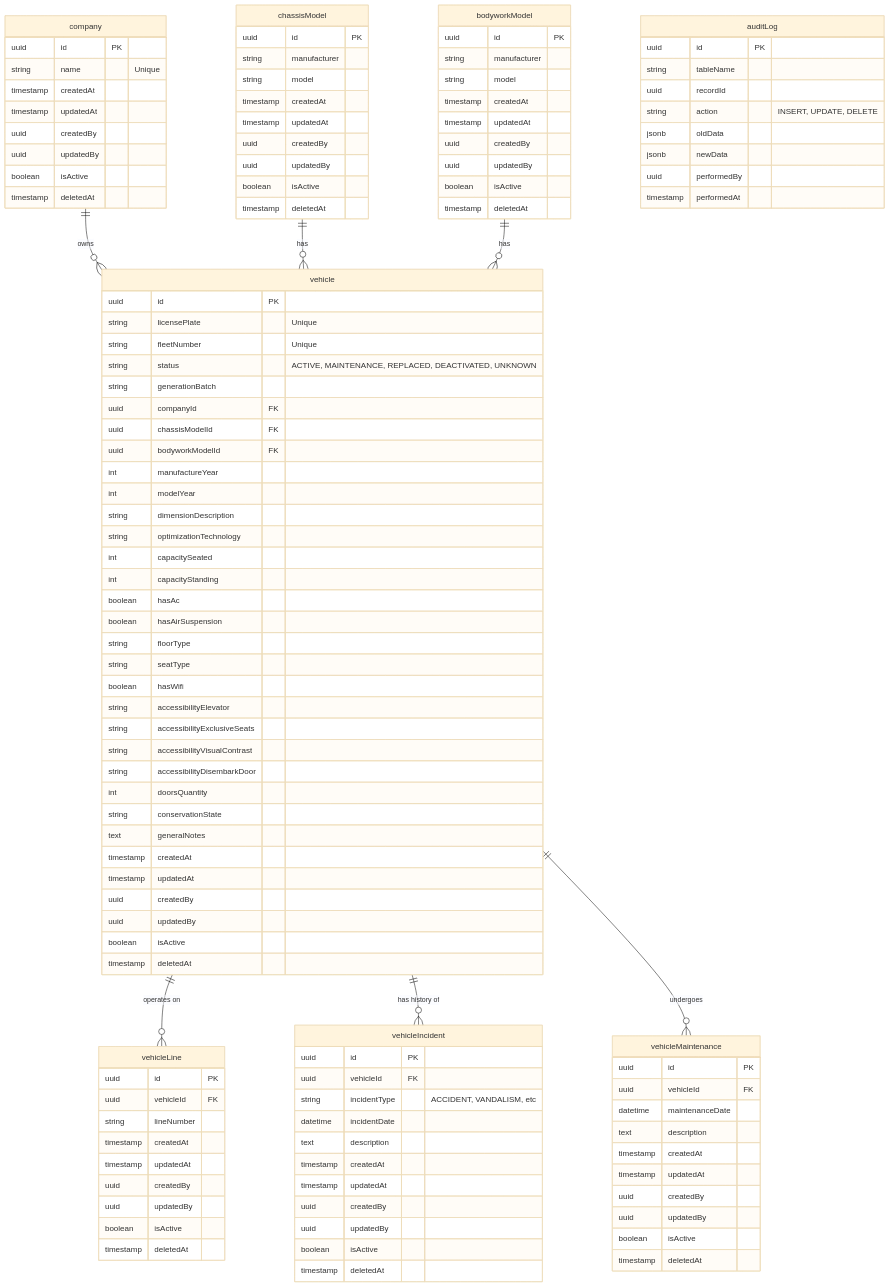
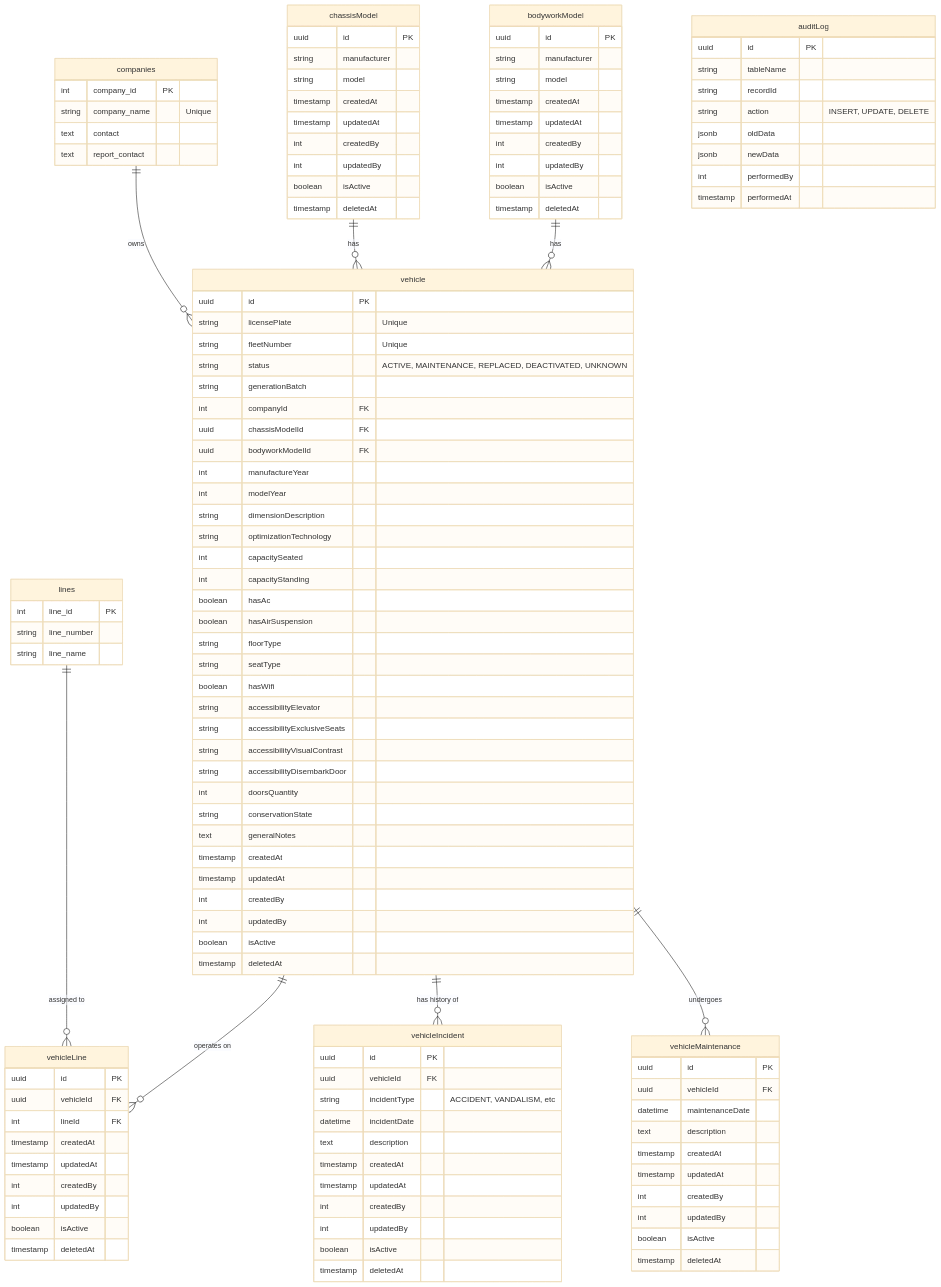
One commit to gabriersdev/mobilidade changed the diagram in docs/planning/bus-repo/database-diagram.md. Above: the diagram before and after it, drawn with Mermaid (base theme). The commit also changed other lines of this file and 1 other file, not shown here.

Commit message:
docs: update database files

````diff
--- a/docs/planning/bus-repo/database-diagram.md
+++ b/docs/planning/bus-repo/database-diagram.md
@@ -5,21 +7,24 @@
 ```mermaid
 erDiagram
-    company ||--o{ vehicle : "owns"
+    companies ||--o{ vehicle : "owns"
     chassisModel ||--o{ vehicle : "has"
     bodyworkModel ||--o{ vehicle : "has"
+    lines ||--o{ vehicleLine : "assigned to"
     vehicle ||--o{ vehicleLine : "operates on"
     vehicle ||--o{ vehicleIncident : "has history of"
     vehicle ||--o{ vehicleMaintenance : "undergoes"
 
-    company {
-        uuid id PK
-        string name "Unique"
-        timestamp createdAt
-        timestamp updatedAt
-        uuid createdBy
-        uuid updatedBy
-        boolean isActive
-        timestamp deletedAt
+    companies {
+        int company_id PK
+        string company_name "Unique"
+        text contact
+        text report_contact
+    }
+
+    lines {
+        int line_id PK
+        string line_number
+        string line_name
     }
 
     chassisModel {
@@ -28,8 +33,8 @@
         string model
         timestamp createdAt
         timestamp updatedAt
-        uuid createdBy
-        uuid updatedBy
+        int createdBy
+        int updatedBy
         boolean isActive
         timestamp deletedAt
     }
@@ -40,8 +45,8 @@
         string model
         timestamp createdAt
         timestamp updatedAt
-        uuid createdBy
-        uuid updatedBy
+        int createdBy
+        int updatedBy
         boolean isActive
         timestamp deletedAt
     }
@@ -52,7 +57,7 @@
         string fleetNumber "Unique"
         string status "ACTIVE, MAINTENANCE, REPLACED, DEACTIVATED, UNKNOWN"
         string generationBatch
-        uuid companyId FK
+        int companyId FK
         uuid chassisModelId FK
         uuid bodyworkModelId FK
         int manufactureYear
@@ -75,8 +80,8 @@
         text generalNotes
         timestamp createdAt
         timestamp updatedAt
-        uuid createdBy
-        uuid updatedBy
+        int createdBy
+        int updatedBy
         boolean isActive
         timestamp deletedAt
     }
@@ -84,11 +89,11 @@
     vehicleLine {
         uuid id PK
         uuid vehicleId FK
-        string lineNumber
+        int lineId FK
         timestamp createdAt
         timestamp updatedAt
-        uuid createdBy
-        uuid updatedBy
+        int createdBy
+        int updatedBy
         boolean isActive
         timestamp deletedAt
     }
@@ -101,8 +106,8 @@
         text description
         timestamp createdAt
         timestamp updatedAt
-        uuid createdBy
-        uuid updatedBy
+        int createdBy
+        int updatedBy
         boolean isActive
         timestamp deletedAt
     }
@@ -114,8 +119,8 @@
         text description
         timestamp createdAt
         timestamp updatedAt
-        uuid createdBy
-        uuid updatedBy
+        int createdBy
+        int updatedBy
         boolean isActive
         timestamp deletedAt
     }
@@ -123,11 +128,11 @@
     auditLog {
         uuid id PK
         string tableName
-        uuid recordId
+        string recordId
         string action "INSERT, UPDATE, DELETE"
         jsonb oldData
         jsonb newData
-        uuid performedBy
+        int performedBy
         timestamp performedAt
     }
 ```
````
